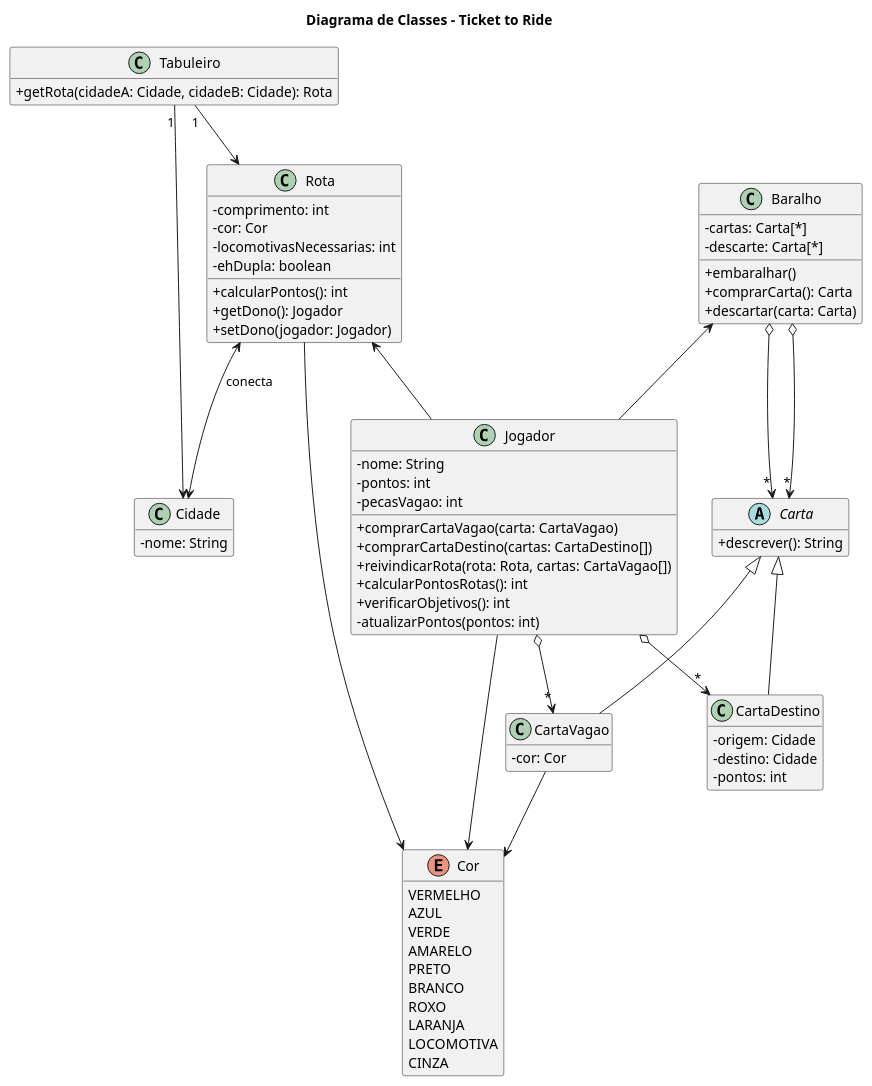
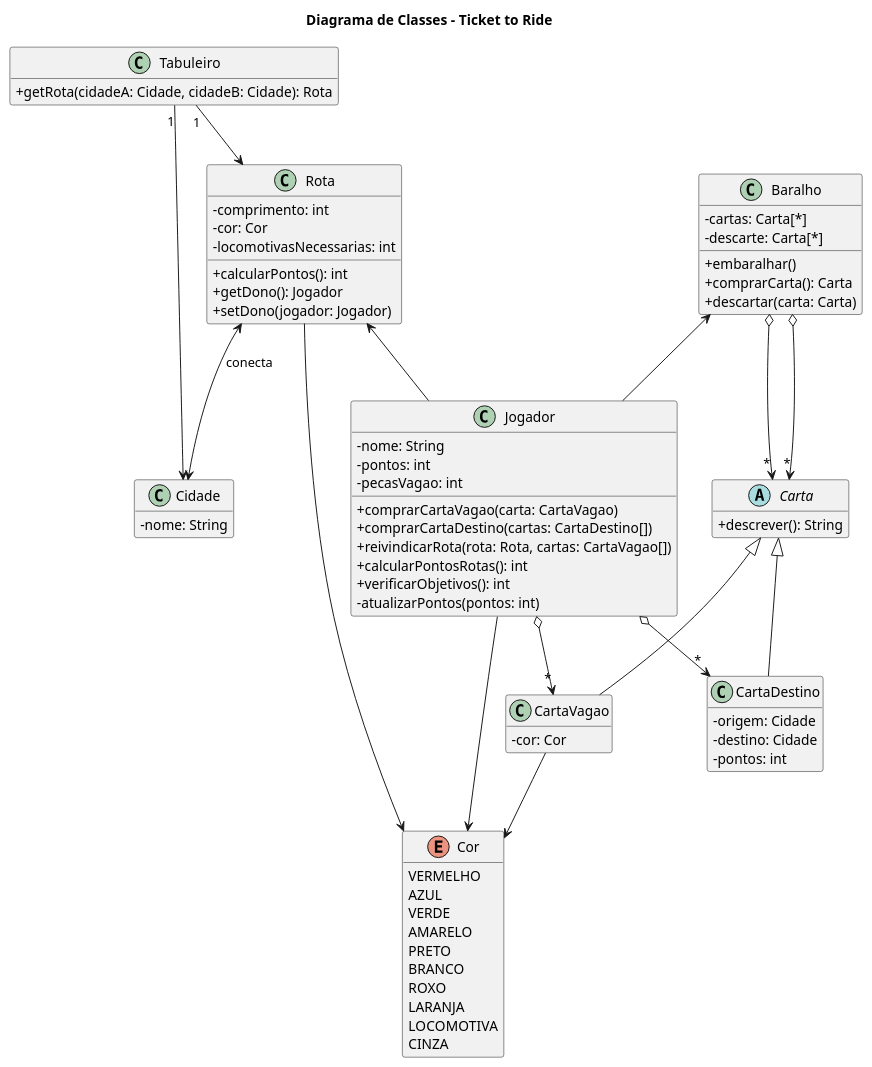
The diagram in docs/diagramas/Diagrama de Classes.puml (Langsch/ticket_to_ride), drawn with PlantUML before and after one commit. The commit also changed 1 other file, not shown here.

Commit message:
mudança diagrama de classes
tirei o atributo ehdupla da rota

```diff
--- a/docs/diagramas/Diagrama de Classes.puml
+++ b/docs/diagramas/Diagrama de Classes.puml
@@ -1,85 +1,84 @@
 @startuml Diagrama de classes
 skinparam classAttributeIconSize 0
 hide empty members
 title Diagrama de Classes - Ticket to Ride
 
 enum Cor {
   VERMELHO
   AZUL
   VERDE
   AMARELO
   PRETO
   BRANCO
   ROXO
   LARANJA
   LOCOMOTIVA
   CINZA
 }
 
 class Tabuleiro {
   + getRota(cidadeA: Cidade, cidadeB: Cidade): Rota
 }
 
 class Cidade {
   - nome: String
 }
 
 class Rota {
   - comprimento: int
   - cor: Cor
   - locomotivasNecessarias: int
-  - ehDupla: boolean
   + calcularPontos(): int
   + getDono(): Jogador
   + setDono(jogador: Jogador)
 }
 
 class Jogador {
   - nome: String
   - pontos: int
   - pecasVagao: int
   + comprarCartaVagao(carta: CartaVagao)
   + comprarCartaDestino(cartas: CartaDestino[])
   + reivindicarRota(rota: Rota, cartas: CartaVagao[])
   + calcularPontosRotas(): int
   + verificarObjetivos(): int
   - atualizarPontos(pontos: int)
 }
 
 abstract class Carta {
   + descrever(): String
 }
 
 class CartaVagao extends Carta {
   - cor: Cor
 }
 
 class CartaDestino extends Carta {
   - origem: Cidade
   - destino: Cidade
   - pontos: int
 }
 
 class Baralho {
   - cartas: Carta[*]
   - descarte: Carta[*]
   + embaralhar()
   + comprarCarta(): Carta
   + descartar(carta: Carta)
 }
 
 ' Relacionamentos
 Tabuleiro "1" -->  Cidade
 Tabuleiro "1" -->  Rota
 Rota <--> Cidade : conecta
 Rota <-- Jogador
 Baralho <-- Jogador
 Jogador o--> "*" CartaVagao
 Jogador o--> "*" CartaDestino
 Baralho o--> "*" Carta
 Baralho o--> "*" Carta
 Jogador --> Cor
 Rota --> Cor
 CartaVagao --> Cor
 
 @enduml
```
